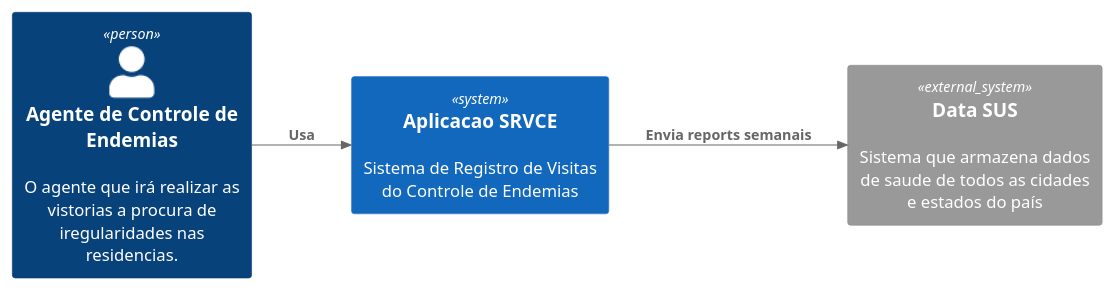
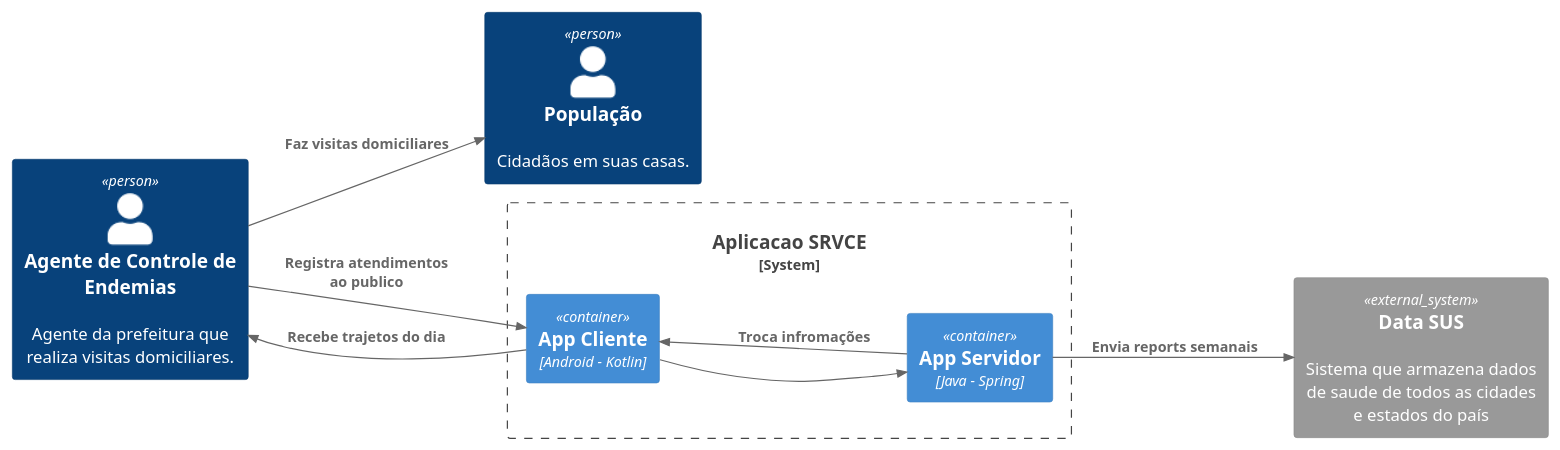
The diagram in TCC/SRVCE-PlantUML/src/context.puml (andredias20/MR-Disciplinas-TSI), drawn with PlantUML before and after one commit. The commit also changed 34 other files, not shown here.

```diff
--- a/TCC/SRVCE-PlantUML/src/context.puml
+++ b/TCC/SRVCE-PlantUML/src/context.puml
@@ -1,14 +1,22 @@
 @startuml
-!include https://raw.githubusercontent.com/adrianvlupu/C4-PlantUML/latest/C4_Context.puml
+!include https://raw.githubusercontent.com/adrianvlupu/C4-PlantUML/latest/C4_Container.puml
 
 LAYOUT_LEFT_RIGHT()
 
-Person(ace, "Agente de Controle de Endemias", "O agente que irá realizar as vistorias a procura de iregularidades nas residencias.")
+Person(public, "População", "Cidadãos em suas casas.")
+Person(ace, "Agente de Controle de Endemias", "Agente da prefeitura que realiza visitas domiciliares.")
+Rel(ace, public, "Faz visitas domiciliares")
 
-System(srvce, "Aplicacao SRVCE", "Sistema de Registro de Visitas do Controle de Endemias")
+System_Boundary(srvce, "Aplicacao SRVCE"){
+    Container(cli, "App Cliente","Android - Kotlin")
+    Container(srv, "App Servidor","Java - Spring")
+    Rel(srv, cli, "Troca infromações")
+    Rel(cli, srv, "")
+}
 System_Ext(sus, "Data SUS", "Sistema que armazena dados de saude de todos as cidades e estados do país")
 
-Rel(ace, srvce, "Usa")
-Rel(srvce, sus, "Envia reports semanais")
+Rel(ace, cli, "Registra atendimentos ao publico")
+Rel(cli,ace , "Recebe trajetos do dia")
+Rel(srv, sus, "Envia reports semanais")
 
 @enduml
```
